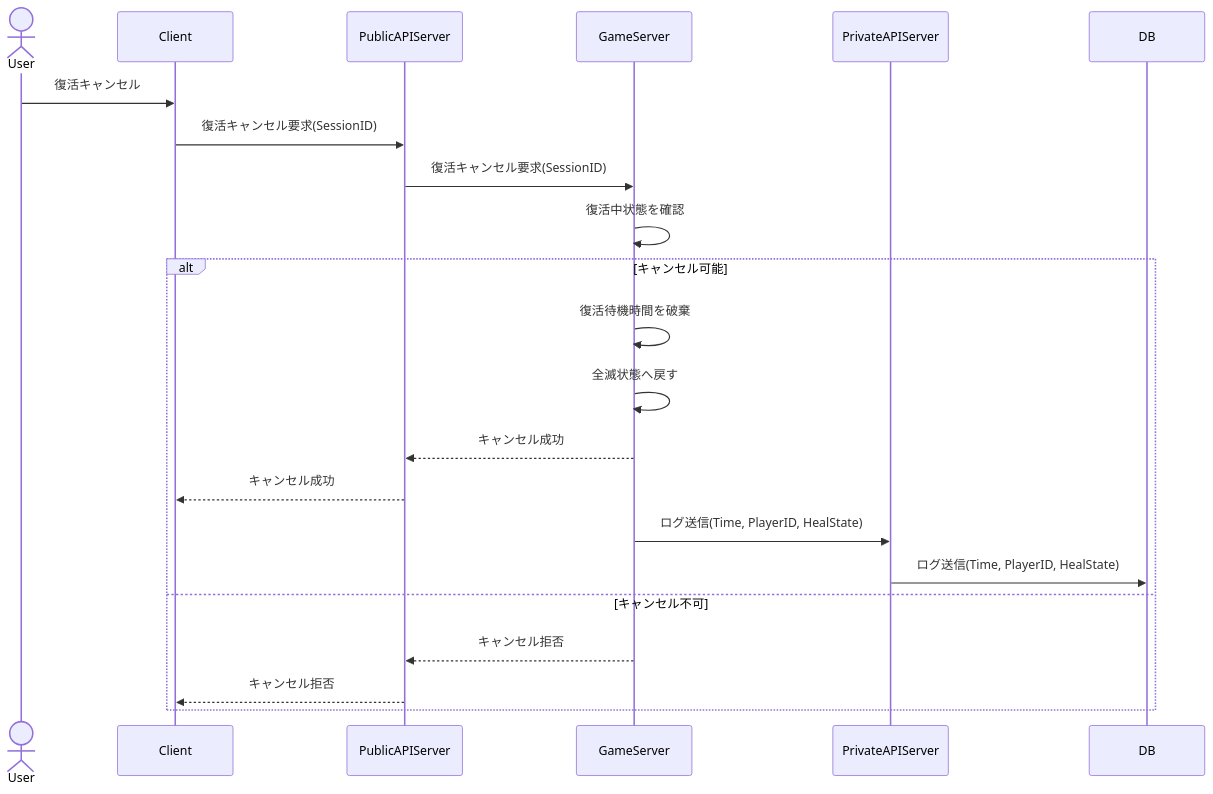
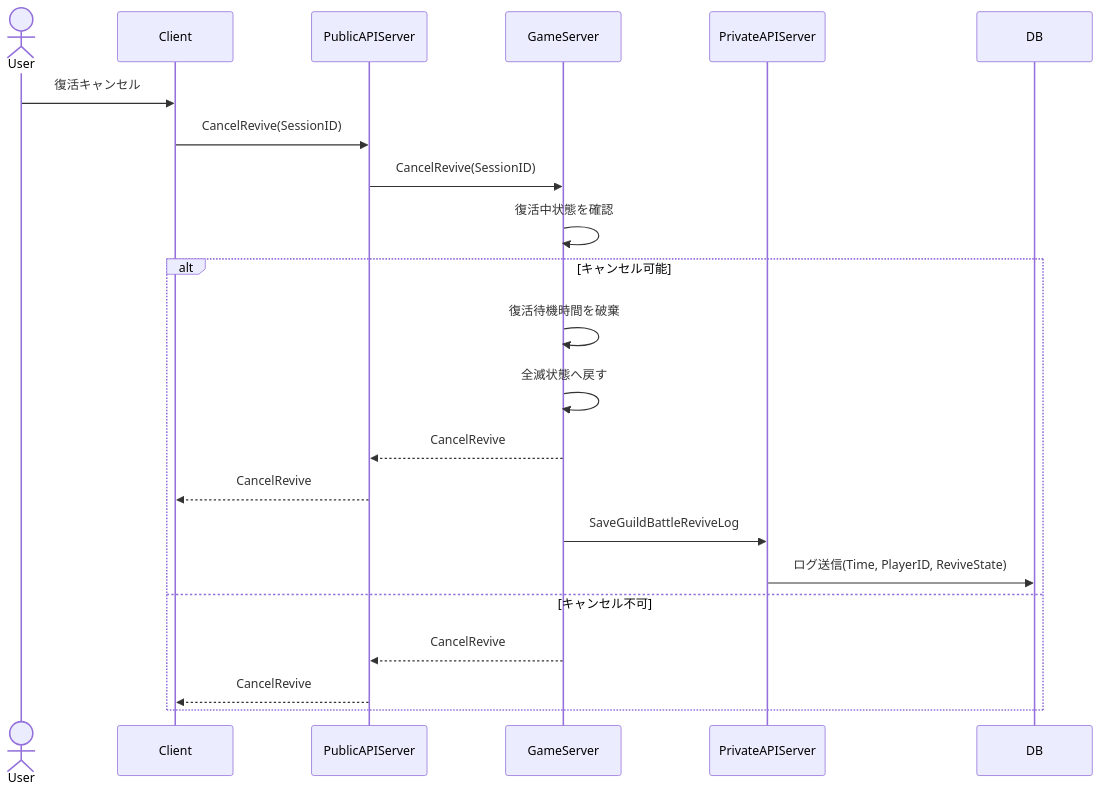
One commit to ReHydrangeaOdyssey/Specifications changed diagram 15 of 17 in guild_battle.md. Above: the diagram before and after it, drawn with Mermaid. The commit also changed other lines of this file and 15 other files, not shown here.

````diff
--- a/guild_battle.md
+++ b/guild_battle.md
@@ -916,28 +936,28 @@
 ```mermaid
 sequenceDiagram
     actor User
     participant Client
     participant PublicAPIServer
     participant GameServer
     participant PrivateAPIServer
     participant DB
 
     User->>Client: 復活キャンセル
-    Client->>PublicAPIServer: 復活キャンセル要求(SessionID)
-    PublicAPIServer->>GameServer: 復活キャンセル要求(SessionID)
+    Client->>PublicAPIServer: CancelRevive(SessionID)
+    PublicAPIServer->>GameServer: CancelRevive(SessionID)
 
     GameServer->>GameServer: 復活中状態を確認
 
     alt キャンセル可能
         GameServer->>GameServer: 復活待機時間を破棄
         GameServer->>GameServer: 全滅状態へ戻す
-        GameServer-->>PublicAPIServer: キャンセル成功
-        PublicAPIServer-->>Client: キャンセル成功
+        GameServer-->>PublicAPIServer: CancelRevive
+        PublicAPIServer-->>Client: CancelRevive
 
-        GameServer ->> PrivateAPIServer: ログ送信(Time, PlayerID, HealState)
-        PrivateAPIServer ->> DB: ログ送信(Time, PlayerID, HealState)
+        GameServer ->> PrivateAPIServer: SaveGuildBattleReviveLog
+        PrivateAPIServer ->> DB: ログ送信(Time, PlayerID, ReviveState)
     else キャンセル不可
-        GameServer-->>PublicAPIServer: キャンセル拒否
-        PublicAPIServer-->>Client: キャンセル拒否
+        GameServer-->>PublicAPIServer: CancelRevive
+        PublicAPIServer-->>Client: CancelRevive
     end
 ```
````
